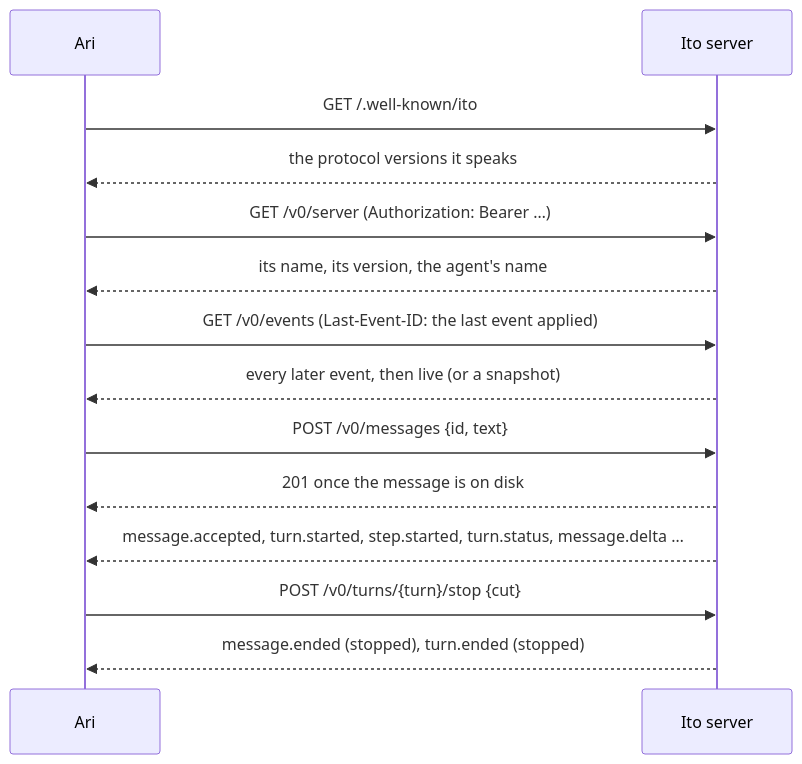
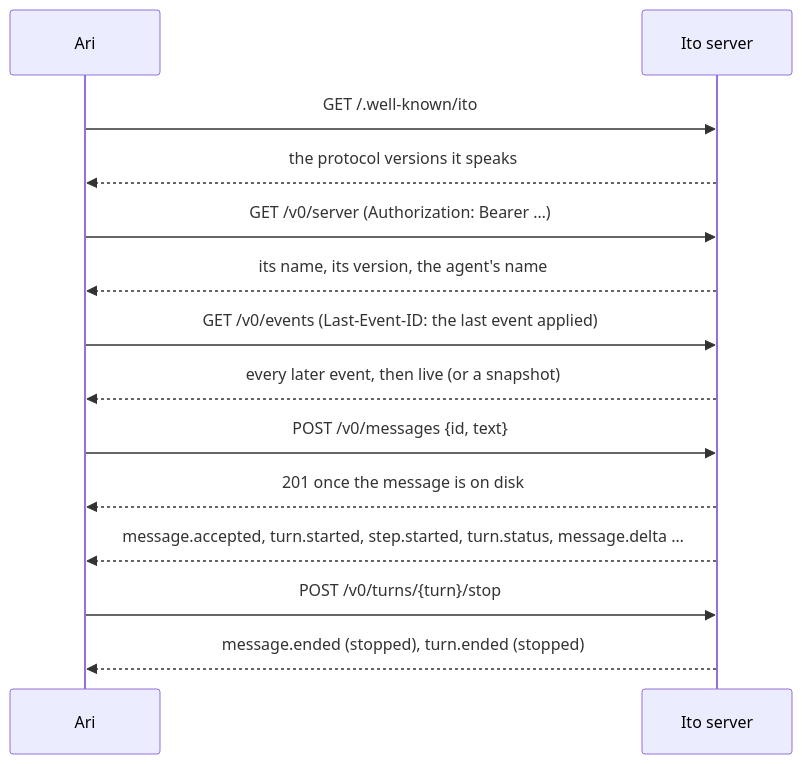
The diagram in protocol/README.md (akai-ito/ito-core), drawn with Mermaid before and after one commit. The commit also changed other lines of this file and 145 other files, not shown here.

````diff
--- a/protocol/README.md
+++ b/protocol/README.md
@@ -21,16 +20,16 @@
 ```mermaid
 sequenceDiagram
   participant App as Ari
   participant Server as Ito server
   App->>Server: GET /.well-known/ito
   Server-->>App: the protocol versions it speaks
   App->>Server: GET /v0/server (Authorization: Bearer …)
   Server-->>App: its name, its version, the agent's name
   App->>Server: GET /v0/events (Last-Event-ID: the last event applied)
   Server-->>App: every later event, then live (or a snapshot)
   App->>Server: POST /v0/messages {id, text}
   Server-->>App: 201 once the message is on disk
   Server-->>App: message.accepted, turn.started, step.started, turn.status, message.delta …
-  App->>Server: POST /v0/turns/{turn}/stop {cut}
+  App->>Server: POST /v0/turns/{turn}/stop
   Server-->>App: message.ended (stopped), turn.ended (stopped)
 ```
````
